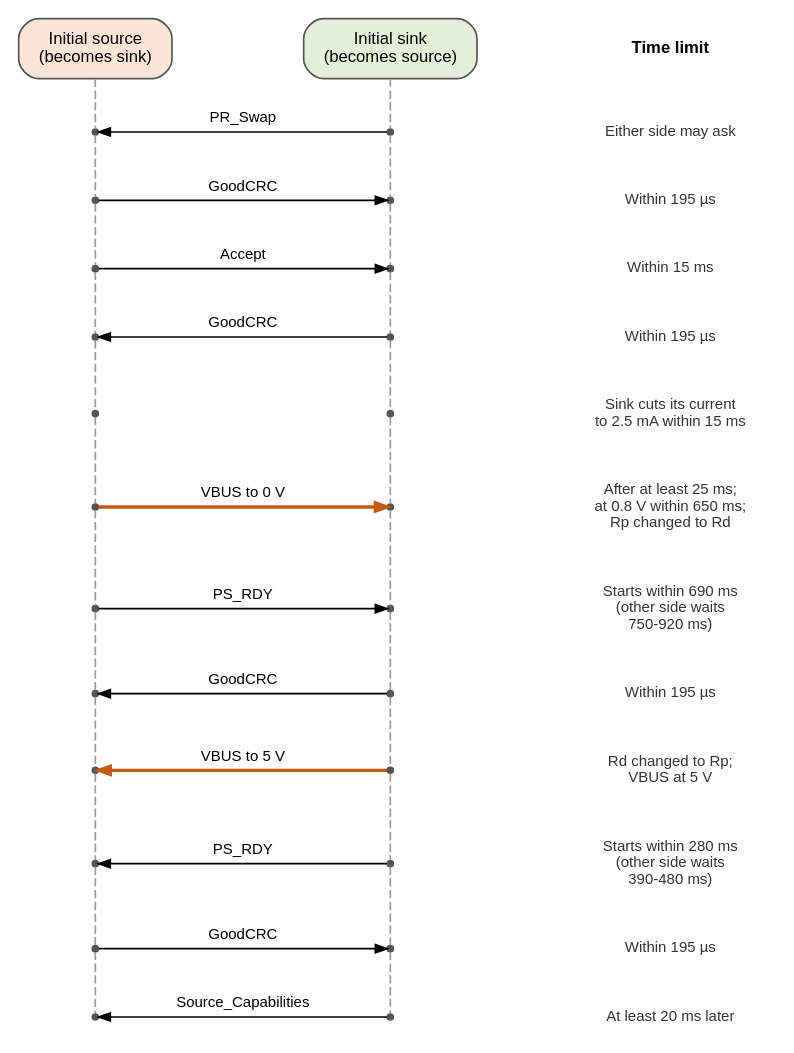
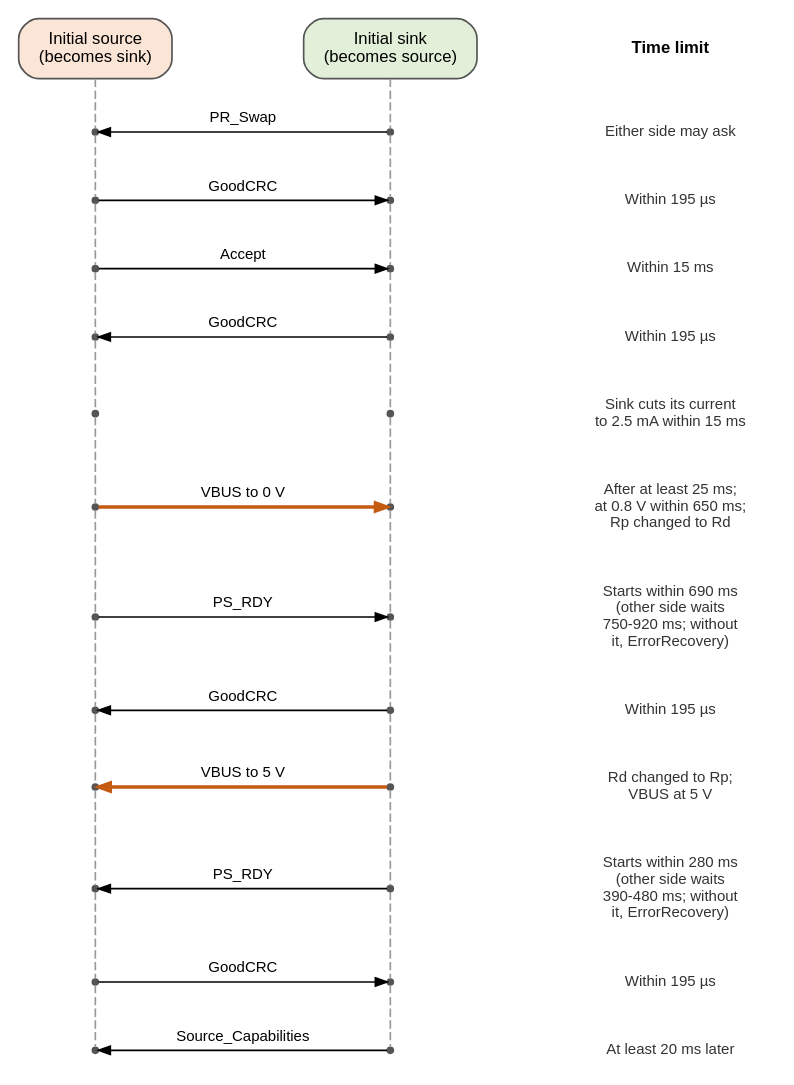
Before and after one commit to mithro/evampire: the diagram in docs/power/usb-pd/pr-swap.dot, drawn with Graphviz. The commit also changed 4 other files, not shown here.

First line of the commit message:
Draw the power flow of a swap, DR_Swap and fast role swap needs

```diff
--- a/docs/power/usb-pd/pr-swap.dot
+++ b/docs/power/usb-pd/pr-swap.dot
@@ -1,72 +1,72 @@
 // Power role swap message sequence (USB PD R3.3, Section 4.3.3, Figure 4.14,
 // Section 7.10; time limits from Tables 4.7, 4.8 and 7.10).
 // The initial sink asks in this example. Time runs from top to bottom.
 // Not to scale.
 //
 // SPDX-License-Identifier: Apache-2.0
 
 digraph pr_swap {
     graph [rankdir=TB, fontname="Helvetica", fontsize=11, nodesep=1.1,
            ranksep=0.3, newrank=true, splines=false];
     node  [shape=point, width=0.05, color="#555555", fontname="Helvetica",
            fontsize=10];
     edge  [fontname="Helvetica", fontsize=9, arrowsize=0.7];
 
     a [shape=box, style="rounded,filled", fillcolor="#fbe5d6",
        label="Initial source\n(becomes sink)", width=1.1];
     b [shape=box, style="rounded,filled", fillcolor="#e2f0d9",
        label="Initial sink\n(becomes source)", width=1.1];
     nh [shape=plaintext, label="Time limit", fontsize=10,
         fontname="Helvetica-Bold"];
 
     a1; a2; a3; a4; a5; a6; a7; a8; a9; a10; a11; a12;
     b1; b2; b3; b4; b5; b6; b7; b8; b9; b10; b11; b12;
 
     node [shape=plaintext, width=0, height=0, fontsize=9, fontcolor="#333333"];
     n1  [label="Either side may ask"];
     n2  [label="Within 195 µs"];
     n3  [label="Within 15 ms"];
     n4  [label="Within 195 µs"];
     n5  [label="Sink cuts its current\nto 2.5 mA within 15 ms"];
     n6  [label="After at least 25 ms;\nat 0.8 V within 650 ms;\nRp changed to Rd"];
-    n7  [label="Starts within 690 ms\n(other side waits\n750-920 ms)"];
+    n7  [label="Starts within 690 ms\n(other side waits\n750-920 ms; without\nit, ErrorRecovery)"];
     n8  [label="Within 195 µs"];
     n9  [label="Rd changed to Rp;\nVBUS at 5 V"];
-    n10 [label="Starts within 280 ms\n(other side waits\n390-480 ms)"];
+    n10 [label="Starts within 280 ms\n(other side waits\n390-480 ms; without\nit, ErrorRecovery)"];
     n11 [label="Within 195 µs"];
     n12 [label="At least 20 ms later"];
 
     { rank=same; a; b; nh; }
     { rank=same; a1; b1; n1; }
     { rank=same; a2; b2; n2; }
     { rank=same; a3; b3; n3; }
     { rank=same; a4; b4; n4; }
     { rank=same; a5; b5; n5; }
     { rank=same; a6; b6; n6; }
     { rank=same; a7; b7; n7; }
     { rank=same; a8; b8; n8; }
     { rank=same; a9; b9; n9; }
     { rank=same; a10; b10; n10; }
     { rank=same; a11; b11; n11; }
     { rank=same; a12; b12; n12; }
 
     edge [arrowhead=none, style=dashed, color="#999999", weight=100];
     a -> a1 -> a2 -> a3 -> a4 -> a5 -> a6 -> a7 -> a8 -> a9 -> a10 -> a11 -> a12;
     b -> b1 -> b2 -> b3 -> b4 -> b5 -> b6 -> b7 -> b8 -> b9 -> b10 -> b11 -> b12;
     nh -> n1 -> n2 -> n3 -> n4 -> n5 -> n6 -> n7 -> n8 -> n9 -> n10 -> n11 -> n12
         [style=invis];
 
     edge [arrowhead=normal, style=solid, color="#000000", weight=0];
     b1 -> a1   [label="PR_Swap"];
     a2 -> b2   [label="GoodCRC"];
     a3 -> b3   [label="Accept"];
     b4 -> a4   [label="GoodCRC"];
     b5 -> a5   [style=invis];
     a6 -> b6   [label="VBUS to 0 V", penwidth=2, color="#c55a11"];
     a7 -> b7   [label="PS_RDY"];
     b8 -> a8   [label="GoodCRC"];
     b9 -> a9   [label="VBUS to 5 V", penwidth=2, color="#c55a11"];
     b10 -> a10 [label="PS_RDY"];
     a11 -> b11 [label="GoodCRC"];
     b12 -> a12 [label="Source_Capabilities"];
 }
```
